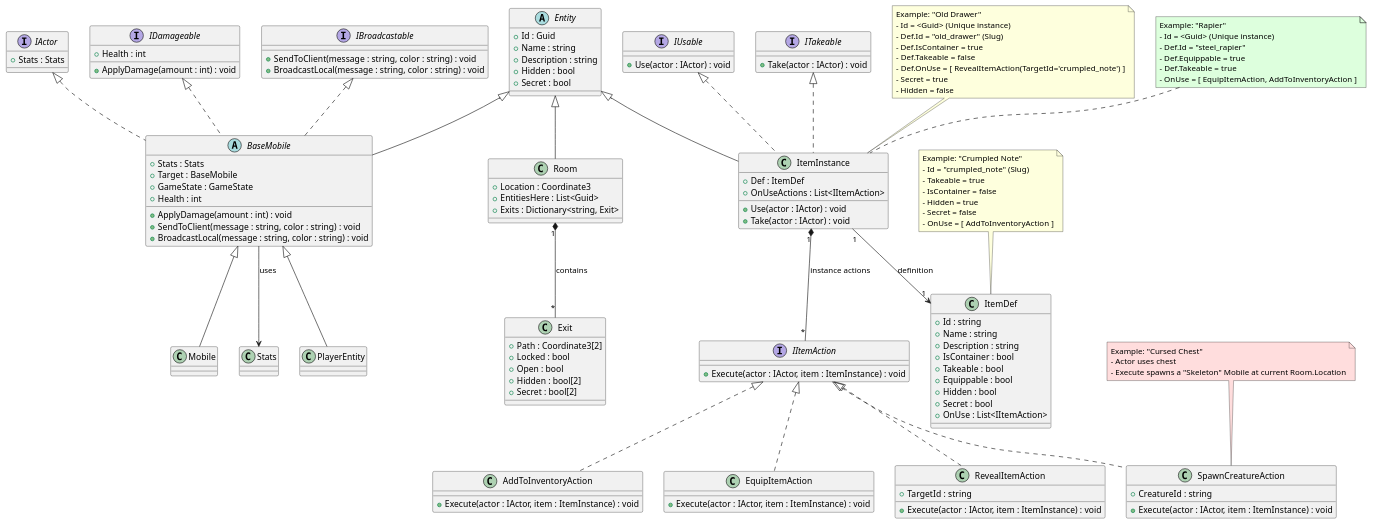
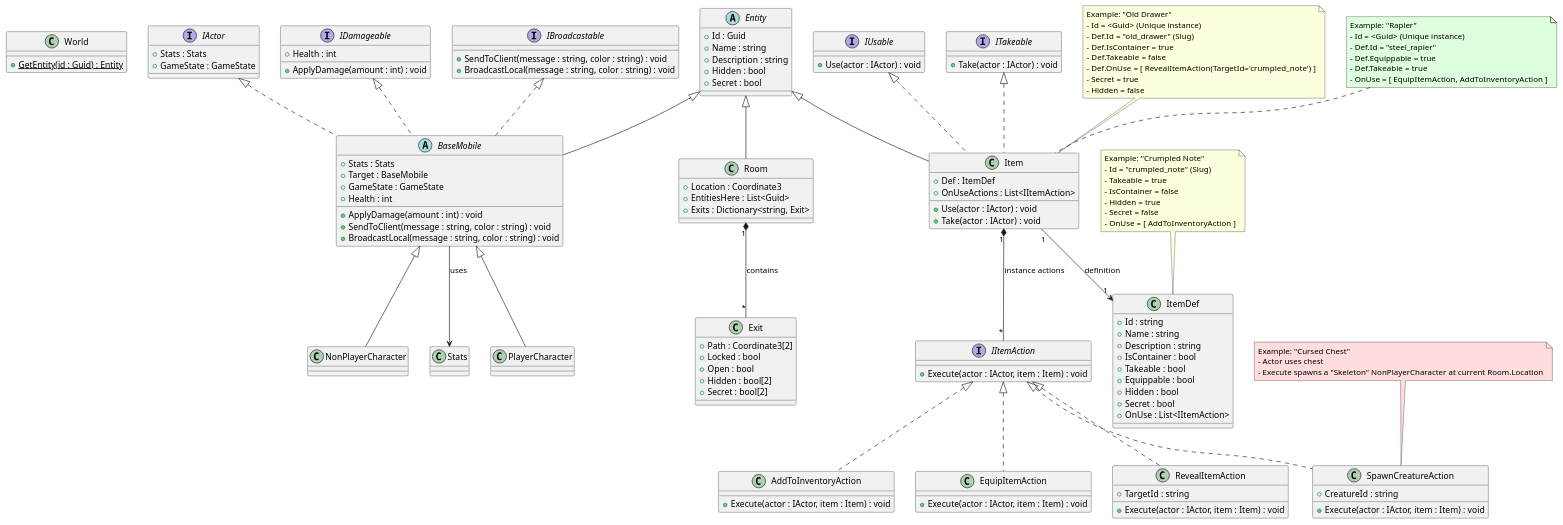
Before and after one commit to jtsmith1287/SharpMud: the diagram in MudServer/Src/interface-refactor.plantuml, drawn with PlantUML.

Commit message:
Updated and hopefully final refactor plan.

```diff
--- a/MudServer/Src/interface-refactor.plantuml
+++ b/MudServer/Src/interface-refactor.plantuml
@@ -1,172 +1,180 @@
 @startuml
+
+'========================
+' World Management
+'========================
+class World {
+    + {static} GetEntity(id : Guid) : Entity
+}
 
 '========================
 ' Base Entity
 '========================
 abstract class Entity {
     + Id : Guid
     + Name : string
     + Description : string
     + Hidden : bool
     + Secret : bool
 }
 
 '========================
 ' Actor capabilities
 '========================
 interface IActor {
     + Stats : Stats
+    + GameState : GameState
 }
 
 interface IDamageable {
     + Health : int
     + ApplyDamage(amount : int) : void
 }
 
 interface IBroadcastable {
     + SendToClient(message : string, color : string) : void
     + BroadcastLocal(message : string, color : string) : void
 }
 
 '========================
 ' Mobiles
 '========================
 abstract class BaseMobile extends Entity implements IActor, IDamageable, IBroadcastable {
     + Stats : Stats
     + Target : BaseMobile
     + GameState : GameState
     + Health : int
     + ApplyDamage(amount : int) : void
     + SendToClient(message : string, color : string) : void
     + BroadcastLocal(message : string, color : string) : void
 }
 
-class PlayerEntity extends BaseMobile
-class Mobile extends BaseMobile
+class PlayerCharacter extends BaseMobile
+class NonPlayerCharacter extends BaseMobile
 
 '========================
 ' Rooms
 '========================
 class Room extends Entity {
     + Location : Coordinate3
     + EntitiesHere : List<Guid>
     + Exits : Dictionary<string, Exit>
 }
 
 '========================
 ' Exits
 '========================
 class Exit {
     + Path : Coordinate3[2]
     + Locked : bool
     + Open : bool
     + Hidden : bool[2]
     + Secret : bool[2]
 }
 
 '========================
 ' Item system
 '========================
 class ItemDef {
     + Id : string
     + Name : string
     + Description : string
     + IsContainer : bool
     + Takeable : bool
     + Equippable : bool
     + Hidden : bool
     + Secret : bool
     + OnUse : List<IItemAction>
 }
 
-class ItemInstance extends Entity implements IUsable, ITakeable {
+class Item extends Entity implements IUsable, ITakeable {
     + Def : ItemDef
     + OnUseActions : List<IItemAction>
     + Use(actor : IActor) : void
     + Take(actor : IActor) : void
 }
 
 '========================
 ' Item Behavior Interfaces
 '========================
 interface IUsable {
     + Use(actor : IActor) : void
 }
 
 interface ITakeable {
     + Take(actor : IActor) : void
 }
 
 interface IItemAction {
-    + Execute(actor : IActor, item : ItemInstance) : void
+    + Execute(actor : IActor, item : Item) : void
 }
 
 '========================
 ' Example ItemActions
 '========================
 class RevealItemAction implements IItemAction {
     + TargetId : string
-    + Execute(actor : IActor, item : ItemInstance) : void
+    + Execute(actor : IActor, item : Item) : void
 }
 
 class SpawnCreatureAction implements IItemAction {
     + CreatureId : string
-    + Execute(actor : IActor, item : ItemInstance) : void
+    + Execute(actor : IActor, item : Item) : void
 }
 
 class AddToInventoryAction implements IItemAction {
-    + Execute(actor : IActor, item : ItemInstance) : void
+    + Execute(actor : IActor, item : Item) : void
 }
 
 class EquipItemAction implements IItemAction {
-    + Execute(actor : IActor, item : ItemInstance) : void
+    + Execute(actor : IActor, item : Item) : void
 }
 
 '========================
 ' Relationships
 '========================
 Room "1" *-- "*" Exit : contains
-ItemInstance "1" --> "1" ItemDef : definition
-ItemInstance "1" *-- "*" IItemAction : instance actions
+Item "1" --> "1" ItemDef : definition
+Item "1" *-- "*" IItemAction : instance actions
 BaseMobile --> Stats : uses
 
 '========================
 ' Example Scenario Annotations
 '========================
-note top of ItemInstance
+note top of Item
   Example: "Old Drawer"
   - Id = <Guid> (Unique instance)
   - Def.Id = "old_drawer" (Slug)
   - Def.IsContainer = true
   - Def.Takeable = false
   - Def.OnUse = [ RevealItemAction(TargetId='crumpled_note') ]
   - Secret = true
   - Hidden = false
 end note
 
 note top of ItemDef
   Example: "Crumpled Note"
   - Id = "crumpled_note" (Slug)
   - Takeable = true
   - IsContainer = false
   - Hidden = true
   - Secret = false
   - OnUse = [ AddToInventoryAction ]
 end note
 
-note top of ItemInstance #DDFFDD
+note top of Item #DDFFDD
   Example: "Rapier"
   - Id = <Guid> (Unique instance)
   - Def.Id = "steel_rapier"
   - Def.Equippable = true
   - Def.Takeable = true
   - OnUse = [ EquipItemAction, AddToInventoryAction ]
 end note
 
 note top of SpawnCreatureAction #FFDDDD
   Example: "Cursed Chest"
   - Actor uses chest
-  - Execute spawns a "Skeleton" Mobile at current Room.Location
+  - Execute spawns a "Skeleton" NonPlayerCharacter at current Room.Location
 end note
 
 @enduml
```
